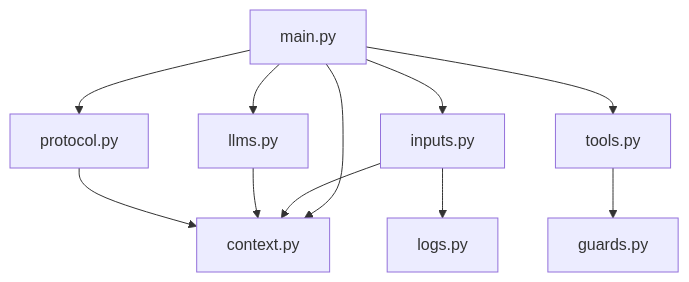
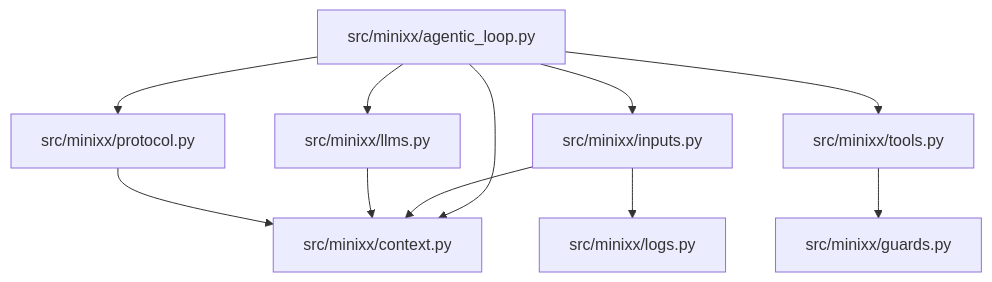
One commit to mtov/minixx changed the second of 2 diagrams in README.md. Above: the diagram before and after it, drawn with Mermaid. The commit also changed other lines of this file and 11 other files, not shown here.

````diff
--- a/README.md
+++ b/README.md
@@ -67,22 +69,22 @@
 ```mermaid
 flowchart TD
-    A["main.py"]
-    B["context.py"]
-    C["inputs.py"]
-    D["llms.py"]
-    E["protocol.py"]
-    F["tools.py"]
-    G["logs.py"]
-    H["guards.py"]
+    A["src/minixx/agentic_loop.py"]
+    B["src/minixx/context.py"]
+    C["src/minixx/inputs.py"]
+    D["src/minixx/llms.py"]
+    E["src/minixx/protocol.py"]
+    F["src/minixx/tools.py"]
+    G["src/minixx/logs.py"]
+    H["src/minixx/guards.py"]
 
     A --> B
     A --> C
     A --> D
     A --> E
     A --> F
     C --> B
     C --> G
     D --> B
     E --> B
     F --> H
 ```
````
